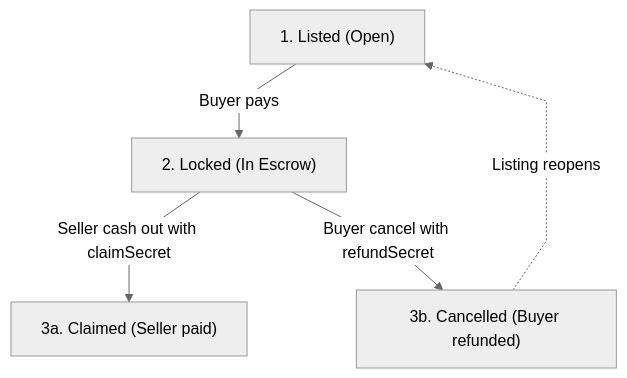
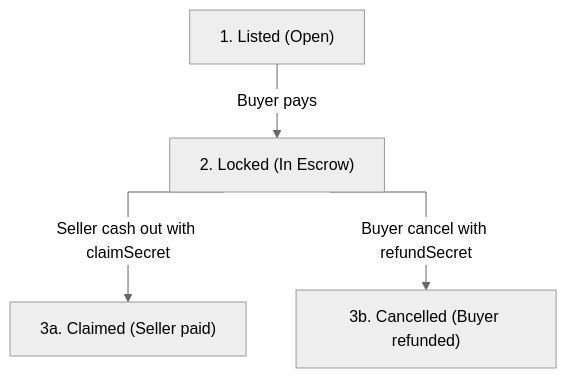
The second of 2 diagrams in docs/how-it-works.md (JaDi03/GhostDeal), drawn with Mermaid (neutral theme) before and after one commit.

Commit message:
style: remove loopback edge and apply stepAfter orthogonal curves

````diff
--- a/docs/how-it-works.md
+++ b/docs/how-it-works.md
@@ -104,8 +104,7 @@
 ```mermaid
-%%{init: {'flowchart': {'curve': 'linear'}} }%%
+%%{init: {'flowchart': {'curve': 'stepAfter'}} }%%
 flowchart TD
   L["1. Listed (Open)"] -->|Buyer pays| E["2. Locked (In Escrow)"]
   E -->|Seller cash out with claimSecret| C["3a. Claimed (Seller paid)"]
   E -->|Buyer cancel with refundSecret| X["3b. Cancelled (Buyer refunded)"]
-  X -.->|Listing reopens| L
 ```
````
